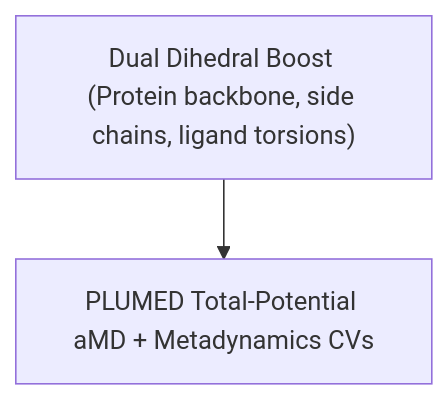
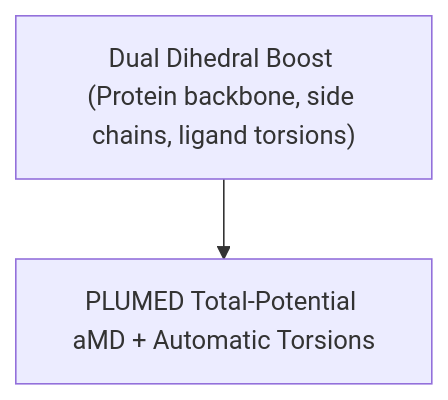
One commit to marcuswangweihow/FBDD changed the third of 4 diagrams in Frag_to_lead_4MZI/README.md. Above: the diagram before and after it, drawn with Mermaid. The commit also changed other lines of this file, not shown here.

````diff
--- a/Frag_to_lead_4MZI/README.md
+++ b/Frag_to_lead_4MZI/README.md
@@ -165,4 +168,4 @@
 ```mermaid
 flowchart TD
-    H["Dual Dihedral Boost (Protein backbone, side chains, ligand torsions)"] --> I["PLUMED Total-Potential aMD + Metadynamics CVs"]
+    I["Dual Dihedral Boost (Protein backbone, side chains, ligand torsions)"] --> J["PLUMED Total-Potential aMD + Automatic Torsions"]
 ```
````
